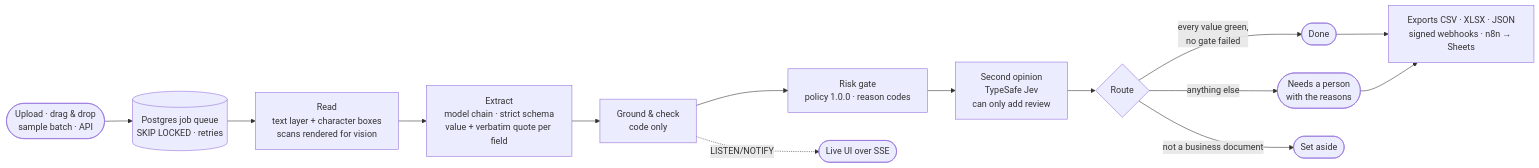
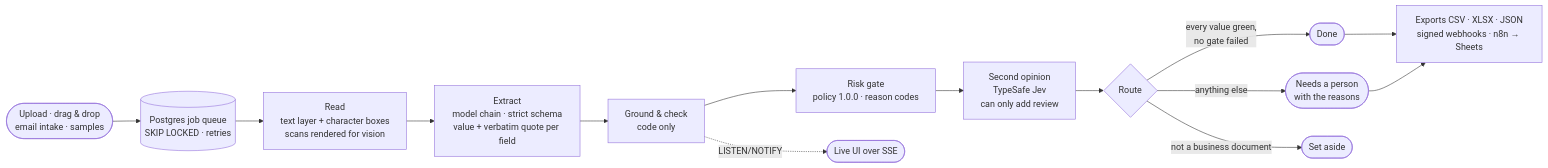
The diagram in README.md (adaptivesystemsdev/docket-invoice-intake), drawn with Mermaid before and after one commit. The commit also changed other lines of this file, not shown here.

Commit message:
Invoices by email + the sender check (look-alike domains, DKIM); 141 tests Co-Authored-By: Claude Opus 5.5 <noreply@anthropic.com> Claude-Session: https://claude.ai/code/session_01NELE1s1qV1P8MNAsTMk8Zd

````diff
--- a/README.md
+++ b/README.md
@@ -45,15 +45,15 @@
 ```mermaid
 flowchart LR
-    U([Upload · drag & drop<br/>sample batch · API]) --> Q[(Postgres job queue<br/>SKIP LOCKED · retries)]
+    U([Upload · drag & drop<br/>email intake · samples]) --> Q[(Postgres job queue<br/>SKIP LOCKED · retries)]
     Q --> R[Read<br/>text layer + character boxes<br/>scans rendered for vision]
     R --> X[Extract<br/>model chain · strict schema<br/>value + verbatim quote per field]
     X --> G[Ground & check<br/>code only]
     G --> K[Risk gate<br/>policy 1.0.0 · reason codes]
     K --> J[Second opinion<br/>TypeSafe Jev<br/>can only add review]
     J --> D{Route}
     D -- every value green,<br/>no gate failed --> OK([Done])
     D -- anything else --> P([Needs a person<br/>with the reasons])
     D -- not a business document --> RJ([Set aside])
     OK & P --> O[Exports CSV · XLSX · JSON<br/>signed webhooks · n8n → Sheets]
     G -. LISTEN/NOTIFY .-> L([Live UI over SSE])
 ```
````
